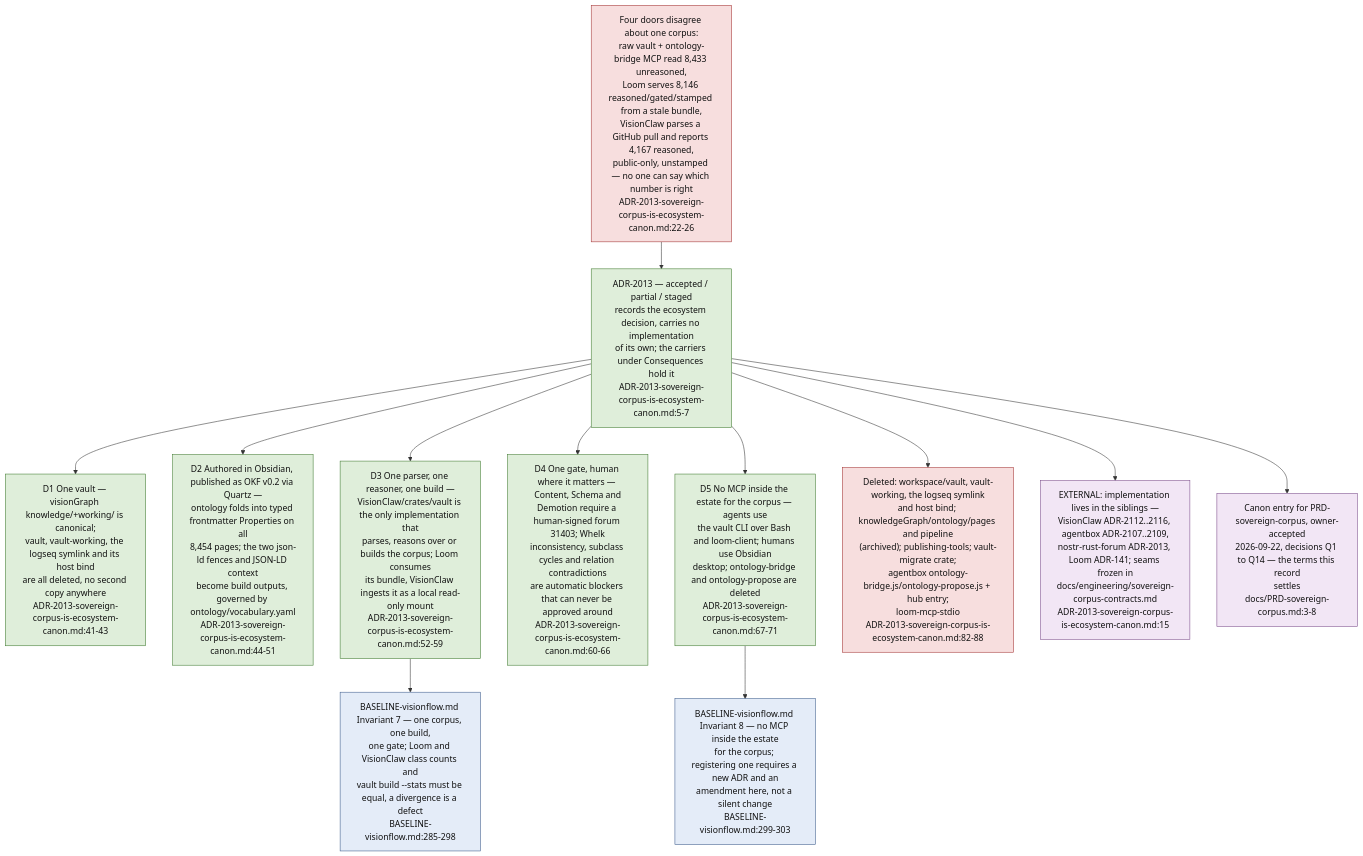
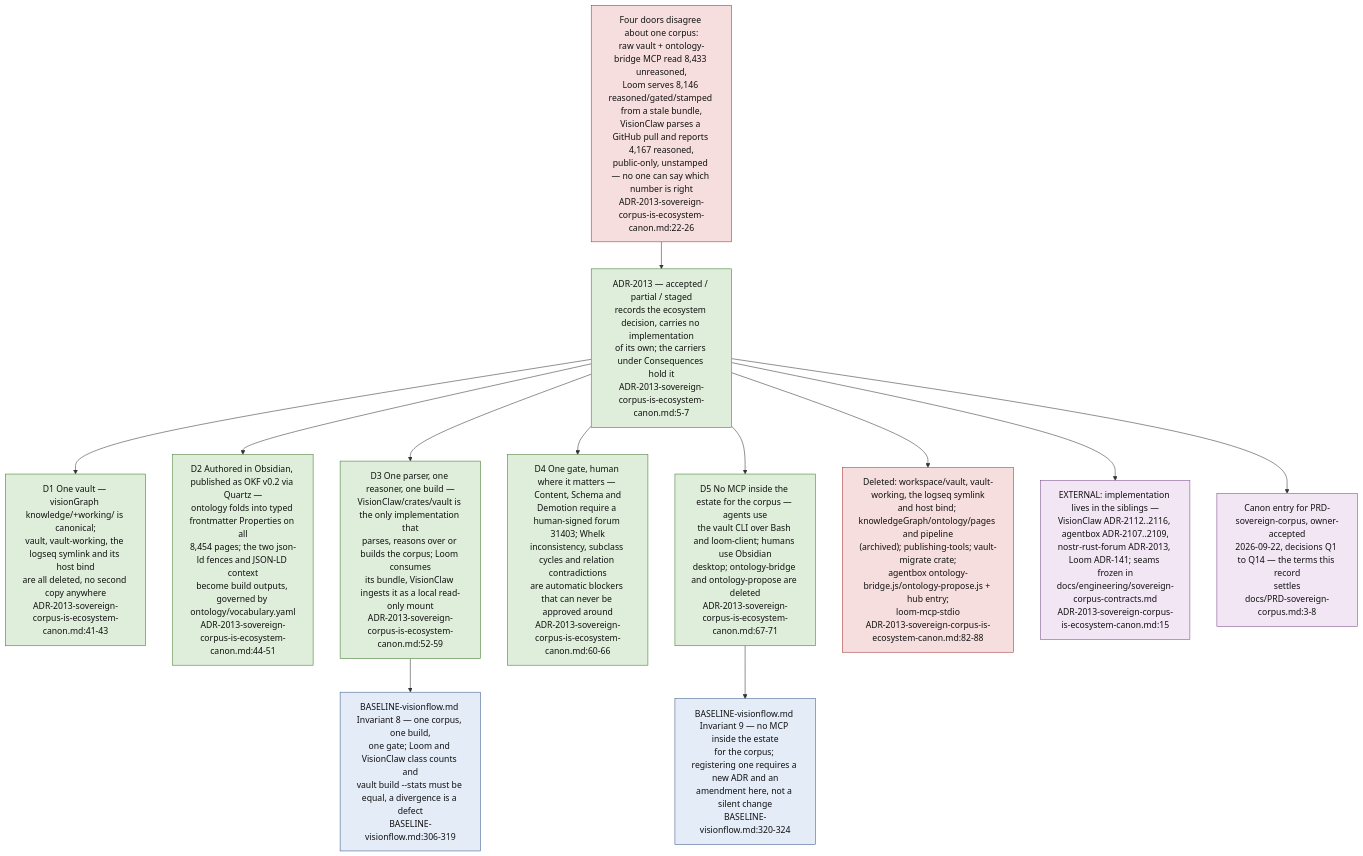
Diagram 11 of 11 in docs/diagrams/visionflow/01-repo-composition-and-canon.md (DreamLab-AI/VisionFlow), drawn with Mermaid before and after one commit. The commit also changed other lines of this file and 94 other files, not shown here.

First line of the commit message:
docs(diagrams): re-verify 130 topics against 2 October HEADs

````diff
--- a/docs/diagrams/visionflow/01-repo-composition-and-canon.md
+++ b/docs/diagrams/visionflow/01-repo-composition-and-canon.md
@@ -399,32 +421,32 @@
 ```mermaid
 flowchart TB
     classDef before fill:#f7dede,stroke:#a33333,color:#111
     classDef rec fill:#dfeeda,stroke:#3f7a2f,color:#111
     classDef inv fill:#e4ecf8,stroke:#3a5a8a,color:#111
     classDef ext fill:#f2e6f5,stroke:#7a4a8a,color:#111
 
     PROB["Four doors disagree about one corpus:<br/>raw vault + ontology-bridge MCP read 8,433 unreasoned,<br/>Loom serves 8,146 reasoned/gated/stamped from a stale bundle,<br/>VisionClaw parses a GitHub pull and reports 4,167 reasoned,<br/>public-only, unstamped — no one can say which number is right<br/>ADR-2013-sovereign-corpus-is-ecosystem-canon.md:22-26"]:::before
 
     REC["ADR-2013 — accepted / partial / staged<br/>records the ecosystem decision, carries no implementation<br/>of its own; the carriers under Consequences hold it<br/>ADR-2013-sovereign-corpus-is-ecosystem-canon.md:5-7"]:::rec
     PROB --> REC
 
     REC --> D1["D1 One vault — visionGraph knowledge/+working/ is canonical;<br/>vault, vault-working, the logseq symlink and its host bind<br/>are all deleted, no second copy anywhere<br/>ADR-2013-sovereign-corpus-is-ecosystem-canon.md:41-43"]:::rec
     REC --> D2["D2 Authored in Obsidian, published as OKF v0.2 via Quartz —<br/>ontology folds into typed frontmatter Properties on all<br/>8,454 pages; the two json-ld fences and JSON-LD context<br/>become build outputs, governed by ontology/vocabulary.yaml<br/>ADR-2013-sovereign-corpus-is-ecosystem-canon.md:44-51"]:::rec
     REC --> D3["D3 One parser, one reasoner, one build —<br/>VisionClaw/crates/vault is the only implementation that<br/>parses, reasons over or builds the corpus; Loom consumes<br/>its bundle, VisionClaw ingests it as a local read-only mount<br/>ADR-2013-sovereign-corpus-is-ecosystem-canon.md:52-59"]:::rec
     REC --> D4["D4 One gate, human where it matters — Content, Schema and<br/>Demotion require a human-signed forum 31403; Whelk<br/>inconsistency, subclass cycles and relation contradictions<br/>are automatic blockers that can never be approved around<br/>ADR-2013-sovereign-corpus-is-ecosystem-canon.md:60-66"]:::rec
     REC --> D5["D5 No MCP inside the estate for the corpus — agents use<br/>the vault CLI over Bash and loom-client; humans use Obsidian<br/>desktop; ontology-bridge and ontology-propose are deleted<br/>ADR-2013-sovereign-corpus-is-ecosystem-canon.md:67-71"]:::rec
 
-    BASE["BASELINE-visionflow.md Invariant 7 — one corpus, one build,<br/>one gate; Loom and VisionClaw class counts and<br/>vault build --stats must be equal, a divergence is a defect<br/>BASELINE-visionflow.md:285-298"]:::inv
+    BASE["BASELINE-visionflow.md Invariant 8 — one corpus, one build,<br/>one gate; Loom and VisionClaw class counts and<br/>vault build --stats must be equal, a divergence is a defect<br/>BASELINE-visionflow.md:306-319"]:::inv
     D3 --> BASE
-    INV8["BASELINE-visionflow.md Invariant 8 — no MCP inside the estate<br/>for the corpus; registering one requires a new ADR and an<br/>amendment here, not a silent change<br/>BASELINE-visionflow.md:299-303"]:::inv
-    D5 --> INV8
+    INV9["BASELINE-visionflow.md Invariant 9 — no MCP inside the estate<br/>for the corpus; registering one requires a new ADR and an<br/>amendment here, not a silent change<br/>BASELINE-visionflow.md:320-324"]:::inv
+    D5 --> INV9
 
     DEL["Deleted: workspace/vault, vault-working, the logseq symlink<br/>and host bind; knowledgeGraph/ontology/pages and pipeline<br/>(archived); publishing-tools; vault-migrate crate;<br/>agentbox ontology-bridge.js/ontology-propose.js + hub entry;<br/>loom-mcp-stdio<br/>ADR-2013-sovereign-corpus-is-ecosystem-canon.md:82-88"]:::before
     REC --> DEL
 
     SIB["EXTERNAL: implementation lives in the siblings —<br/>VisionClaw ADR-2112..2116, agentbox ADR-2107..2109,<br/>nostr-rust-forum ADR-2013, Loom ADR-141; seams frozen in<br/>docs/engineering/sovereign-corpus-contracts.md<br/>ADR-2013-sovereign-corpus-is-ecosystem-canon.md:15"]:::ext
     REC --> SIB
 
     PRD["Canon entry for PRD-sovereign-corpus, owner-accepted<br/>2026-09-22, decisions Q1 to Q14 — the terms this record<br/>settles<br/>docs/PRD-sovereign-corpus.md:3-8"]:::ext
     REC --> PRD
 ```
````
